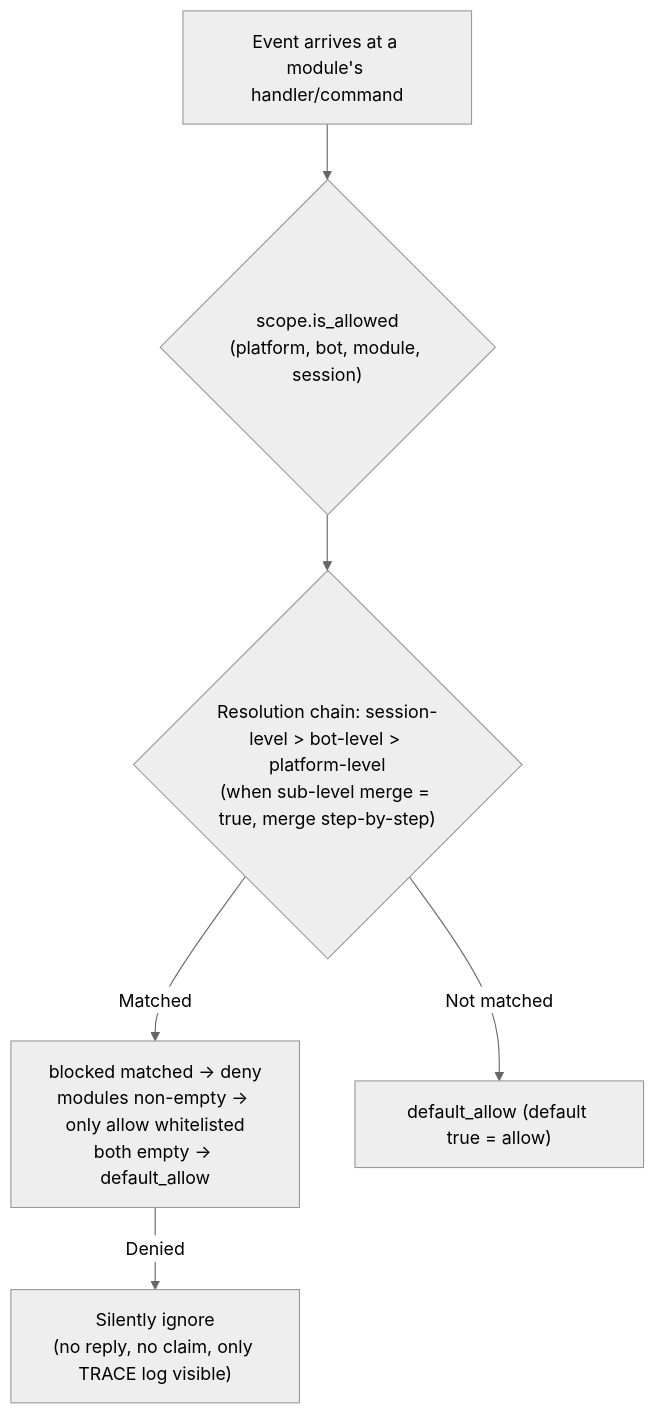
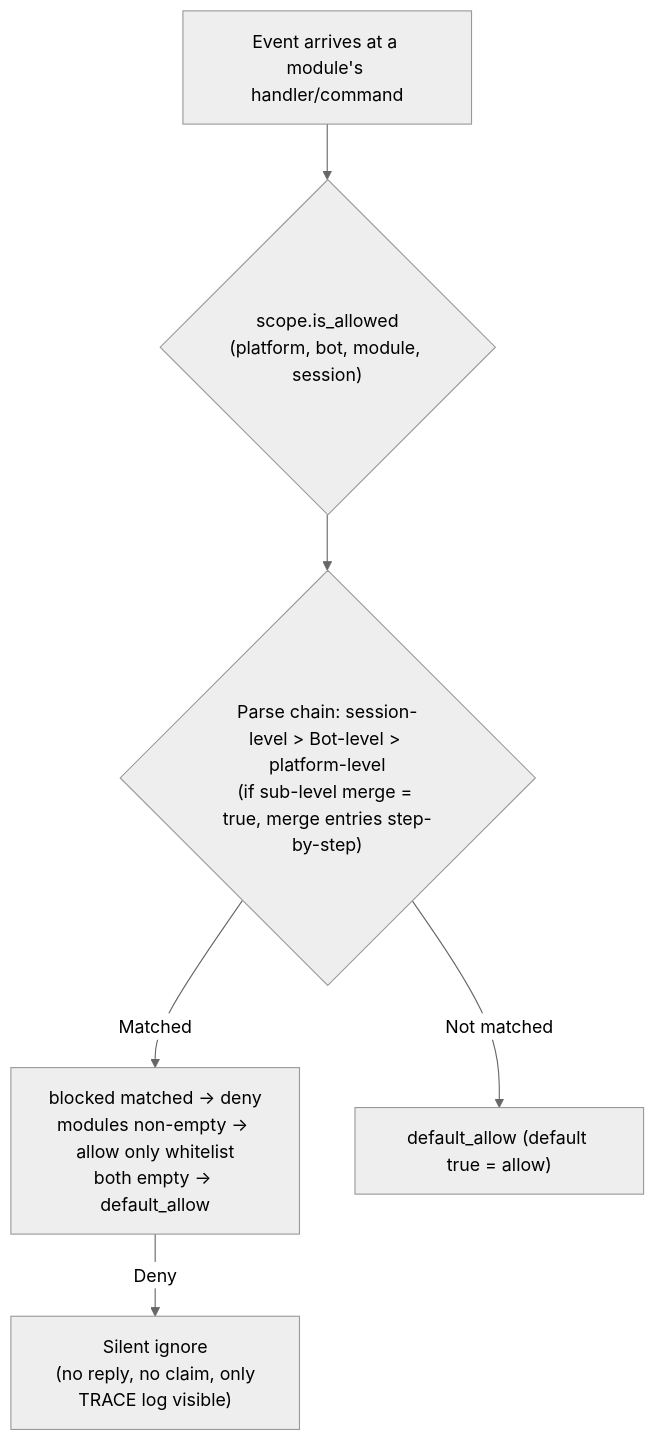
The diagram in docs/en/advanced/scope.md (ErisPulse/ErisPulse), drawn with Mermaid (neutral theme) before and after one commit. The commit also changed other lines of this file and 44 other files, not shown here.

````diff
--- a/docs/en/advanced/scope.md
+++ b/docs/en/advanced/scope.md
@@ -88,8 +86,8 @@
 ```mermaid
 flowchart TD
     A["Event arrives at a module's handler/command"] --> B{"scope.is_allowed<br/>(platform, bot, module, session)"}
-    B --> C{"Resolution chain: session-level > bot-level > platform-level<br/>(when sub-level merge = true, merge step-by-step)"}
-    C -->|"Matched"| D["blocked matched → deny<br/>modules non-empty → only allow whitelisted<br/>both empty → default_allow"]
+    B --> C{"Parse chain: session-level > Bot-level > platform-level<br/>(if sub-level merge = true, merge entries step-by-step)"}
+    C -->|"Matched"| D["blocked matched → deny<br/>modules non-empty → allow only whitelist<br/>both empty → default_allow"]
     C -->|"Not matched"| E["default_allow (default true = allow)"]
-    D -->|"Denied"| Z["Silently ignore<br/>(no reply, no claim, only TRACE log visible)"]
+    D -->|"Deny"| Z["Silent ignore<br/> (no reply, no claim, only TRACE log visible)"]
 ```
````
